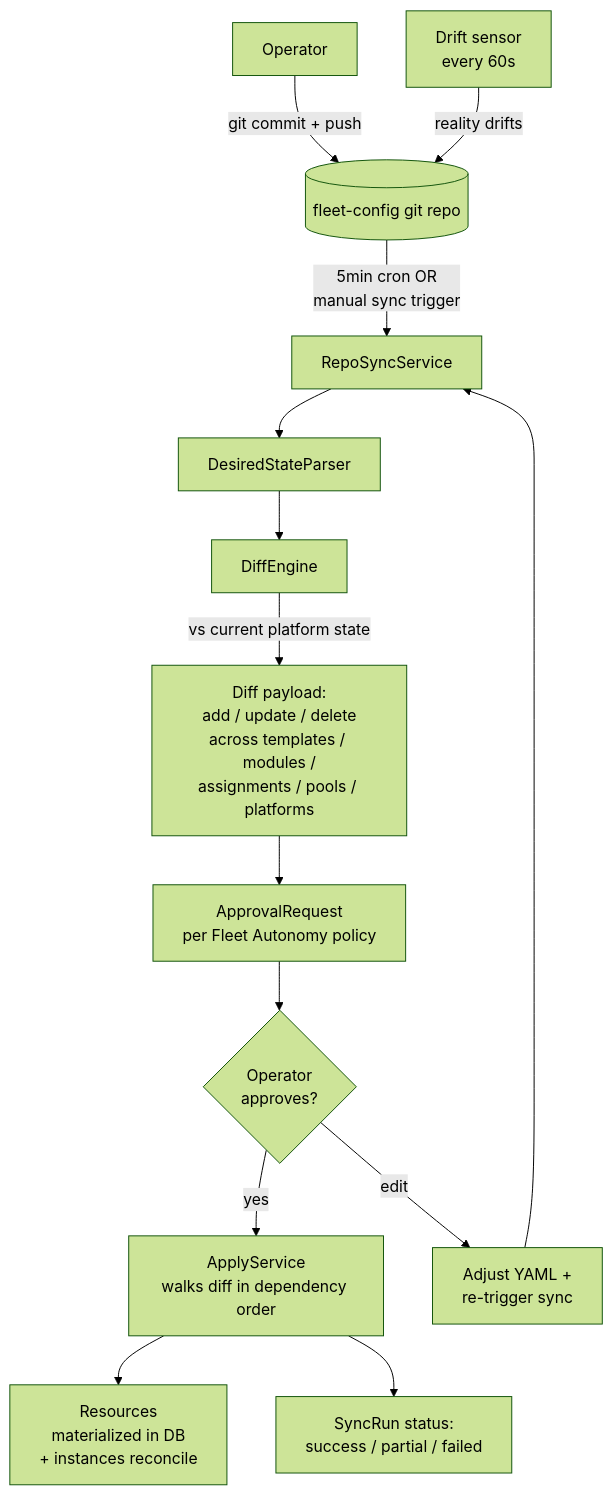
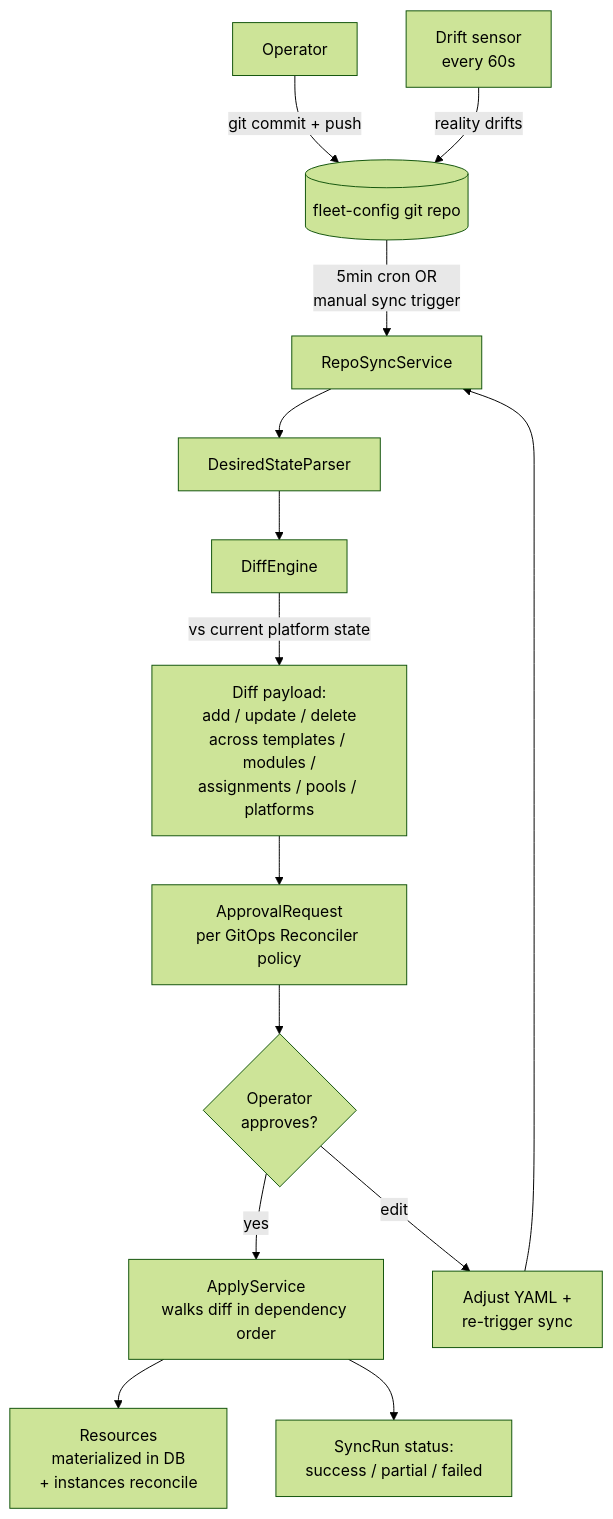
Before and after one commit to nodealchemy/powernode-system: the diagram in docs/tutorials/10-gitops-fleet.md, drawn with Mermaid (forest theme). The commit also changed 5 other files, not shown here.

Commit message:
docs(governance): HIER-P2A move the per-agent policy census onto the owning agents

````diff
--- a/docs/tutorials/10-gitops-fleet.md
+++ b/docs/tutorials/10-gitops-fleet.md
@@ -24,17 +24,17 @@
 ```mermaid
 flowchart TD
     Repo[(fleet-config git repo)]
     Op[Operator] -- "git commit + push" --> Repo
     Repo -- "5min cron OR<br/>manual sync trigger" --> RS[RepoSyncService]
     RS --> DSP[DesiredStateParser]
     DSP --> DE[DiffEngine]
     DE -- "vs current platform state" --> Diff[Diff payload:<br/>add / update / delete<br/>across templates / modules /<br/>assignments / pools / platforms]
-    Diff --> AR[ApprovalRequest<br/>per Fleet Autonomy policy]
+    Diff --> AR[ApprovalRequest<br/>per GitOps Reconciler policy]
     AR --> Op2{Operator<br/>approves?}
     Op2 -->|yes| App[ApplyService<br/>walks diff in dependency order]
     App --> Done[Resources<br/>materialized in DB<br/>+ instances reconcile]
     App --> SR[SyncRun status:<br/>success / partial / failed]
     Op2 -->|edit| Edit[Adjust YAML +<br/>re-trigger sync]
     Edit --> RS
     Drift[Drift sensor<br/>every 60s] -- "reality drifts" --> Repo
 ```
````
